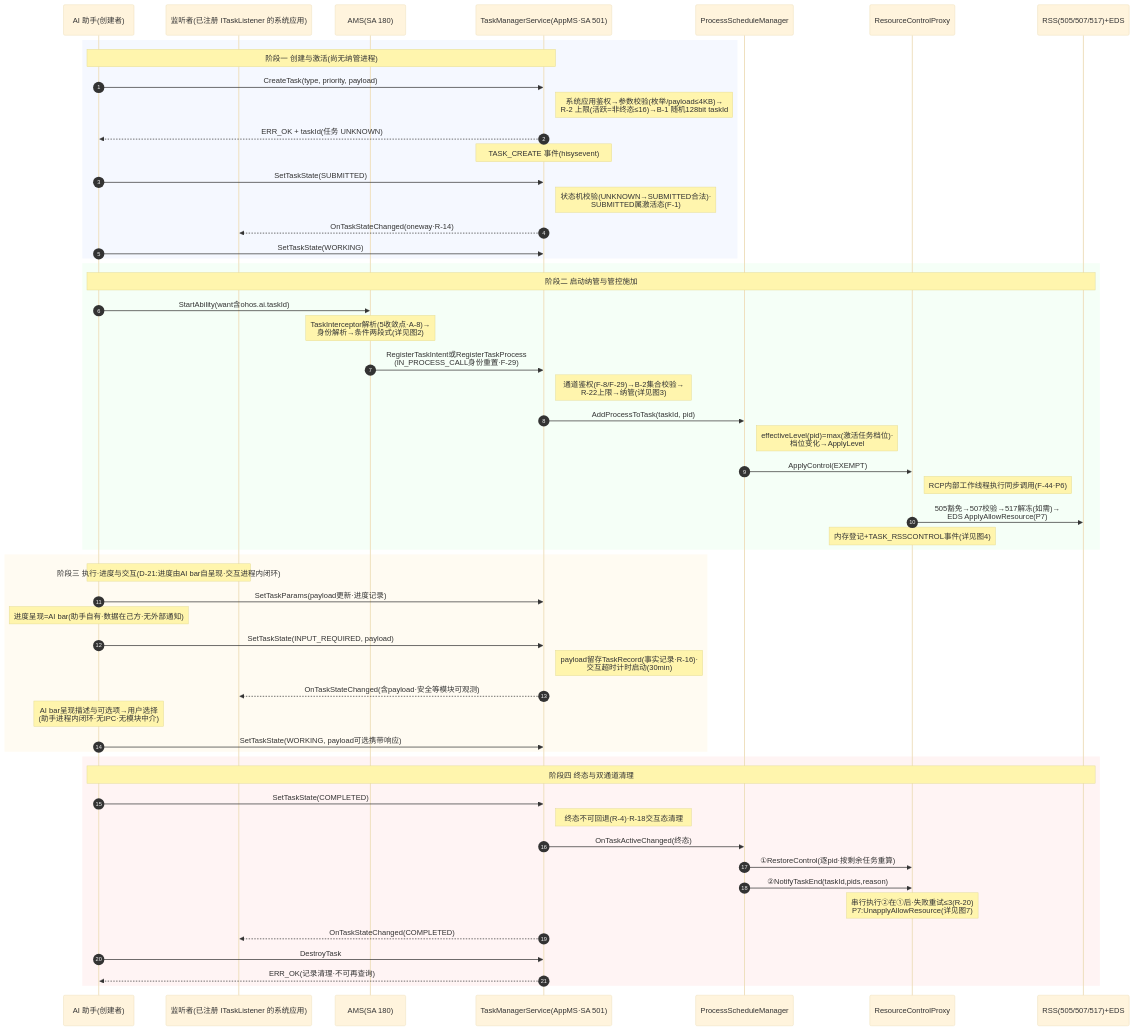
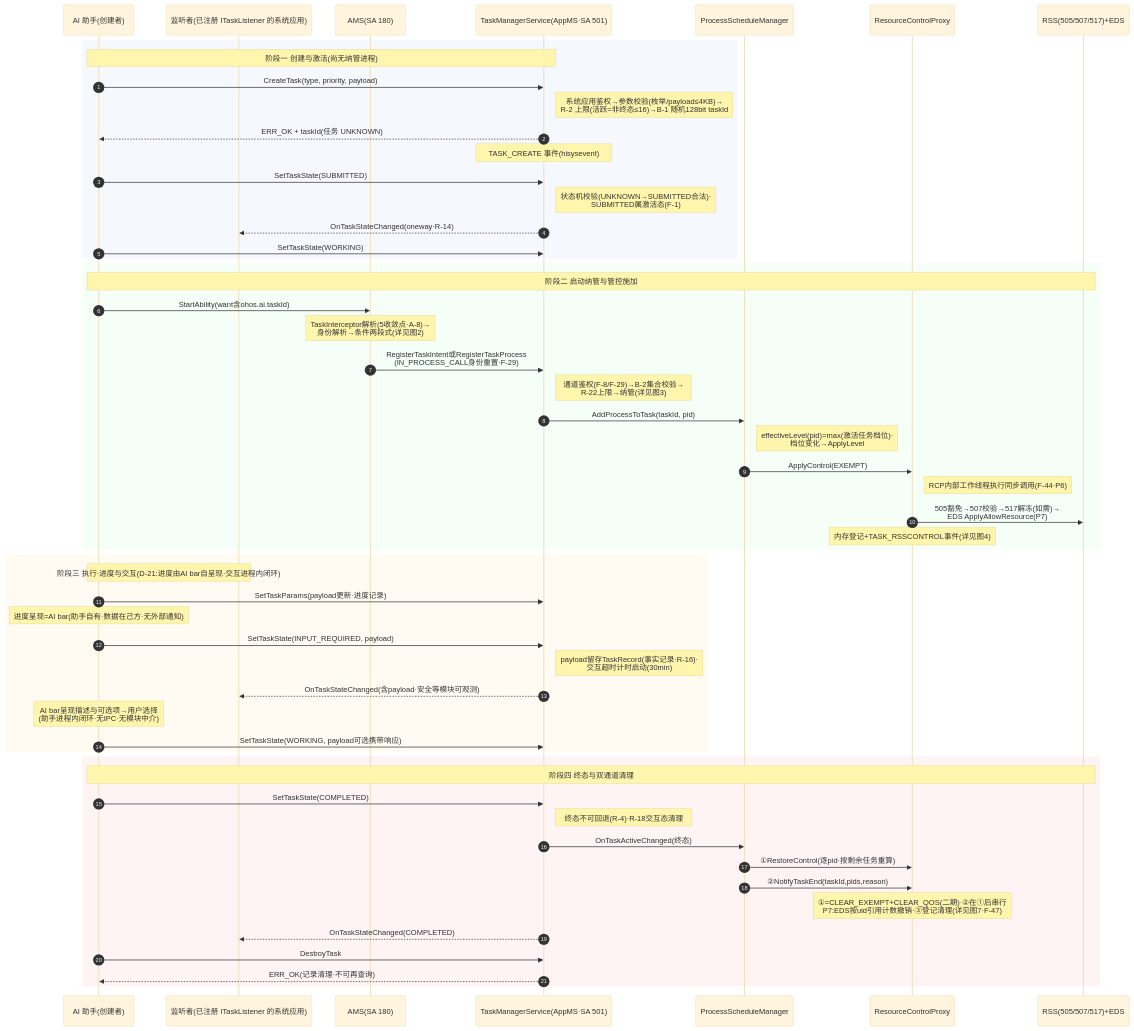
Before and after one commit to xuanjiazhen/ability_ability_runtime: the first of 8 diagrams in .codespec/changes/ai-task-manager/docs/flow-diagrams.md, drawn with Mermaid (base theme). The commit also changed other lines of this file and 6 other files, not shown here.

````diff
--- a/.codespec/changes/ai-task-manager/docs/flow-diagrams.md
+++ b/.codespec/changes/ai-task-manager/docs/flow-diagrams.md
@@ -23,61 +23,61 @@
 ```mermaid
 sequenceDiagram
     autonumber
     participant AI as AI 助手(创建者)
     participant LSN as 监听者(已注册 ITaskListener 的系统应用)
     participant AMS as AMS(SA 180)
     participant TMS as TaskManagerService(AppMS·SA 501)
     participant PS as ProcessScheduleManager
     participant RCP as ResourceControlProxy
     participant EXT as RSS(505/507/517)+EDS
 
     rect rgb(245,248,255)
     Note over AI,TMS: 阶段一 创建与激活(尚无纳管进程)
     AI->>TMS: CreateTask(type, priority, payload)
     Note right of TMS: 系统应用鉴权→参数校验(枚举/payload≤4KB)→<br/>R-2 上限(活跃=非终态≤16)→B-1 随机128bit taskId
     TMS-->>AI: ERR_OK + taskId(任务 UNKNOWN)
     Note over TMS: TASK_CREATE 事件(hisysevent)
     AI->>TMS: SetTaskState(SUBMITTED)
     Note right of TMS: 状态机校验(UNKNOWN→SUBMITTED合法)·<br/>SUBMITTED属激活态(F-1)
     TMS-->>LSN: OnTaskStateChanged(oneway·R-14)
     AI->>TMS: SetTaskState(WORKING)
     end
 
     rect rgb(245,255,247)
     Note over AI,EXT: 阶段二 启动纳管与管控施加
     AI->>AMS: StartAbility(want含ohos.ai.taskId)
     Note over AMS: TaskInterceptor解析(5收敛点·A-8)→<br/>身份解析→条件两段式(详见图2)
     AMS->>TMS: RegisterTaskIntent或RegisterTaskProcess<br/>(IN_PROCESS_CALL身份重置·F-29)
     Note right of TMS: 通道鉴权(F-8/F-29)→B-2集合校验→<br/>R-22上限→纳管(详见图3)
     TMS->>PS: AddProcessToTask(taskId, pid)
     Note right of PS: effectiveLevel(pid)=max(激活任务档位)·<br/>档位变化→ApplyLevel
     PS->>RCP: ApplyControl(EXEMPT)
     Note right of RCP: RCP内部工作线程执行同步调用(F-44·P6)
     RCP->>EXT: 505豁免→507校验→517解冻(如需)→<br/>EDS ApplyAllowResource(P7)
     Note over RCP: 内存登记+TASK_RSSCONTROL事件(详见图4)
     end
 
     rect rgb(255,251,242)
     Note over AI,LSN: 阶段三 执行·进度与交互(D-21:进度由AI bar自呈现·交互进程内闭环)
     AI->>TMS: SetTaskParams(payload更新·进度记录)
     Note over AI: 进度呈现=AI bar(助手自有·数据在己方·无外部通知)
     AI->>TMS: SetTaskState(INPUT_REQUIRED, payload)
     Note right of TMS: payload留存TaskRecord(事实记录·R-16)·<br/>交互超时计时启动(30min)
     TMS-->>LSN: OnTaskStateChanged(含payload·安全等模块可观测)
     Note over AI: AI bar呈现描述与可选项→用户选择<br/>(助手进程内闭环·无IPC·无模块中介)
     AI->>TMS: SetTaskState(WORKING, payload可选携带响应)
     end
 
     rect rgb(255,244,244)
     Note over AI,EXT: 阶段四 终态与双通道清理
     AI->>TMS: SetTaskState(COMPLETED)
     Note right of TMS: 终态不可回退(R-4)·R-18交互态清理
     TMS->>PS: OnTaskActiveChanged(终态)
     PS->>RCP: ①RestoreControl(逐pid·按剩余任务重算)
     PS->>RCP: ②NotifyTaskEnd(taskId,pids,reason)
-    Note over RCP: 串行执行②在①后·失败重试≤3(R-20)<br/>P7:UnapplyAllowResource(详见图7)
+    Note over RCP: ①=CLEAR_EXEMPT+CLEAR_QOS(二期)·②在①后串行<br/>P7:EDS按uid引用计数撤销·③登记清理(详见图7·F-47)
     TMS-->>LSN: OnTaskStateChanged(COMPLETED)
     AI->>TMS: DestroyTask
     TMS-->>AI: ERR_OK(记录清理·不可再查询)
     end
 ```
````
